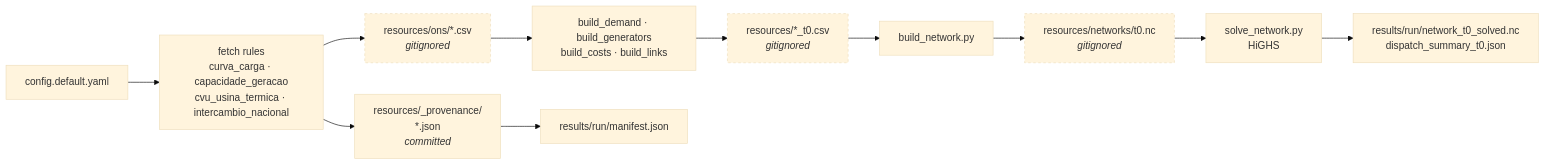
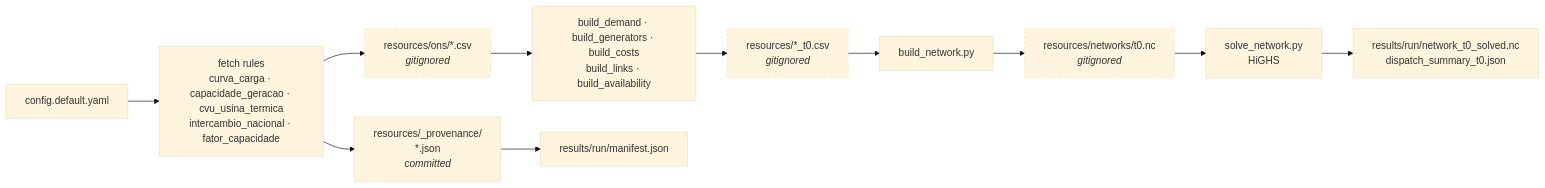
Before and after one commit to leonardovbonatto/pypsa-meets-brazil: the first of 12 diagrams in docs/STACK.md, drawn with Mermaid (base theme). The commit also changed other lines of this file and 9 other files, not shown here.

````diff
--- a/docs/STACK.md
+++ b/docs/STACK.md
@@ -55,17 +57,17 @@
 ```mermaid
 flowchart LR
-    A["config.default.yaml"] --> B["fetch rules<br/>curva_carga · capacidade_geracao<br/>cvu_usina_termica · intercambio_nacional"]
+    A["config.default.yaml"] --> B["fetch rules<br/>curva_carga · capacidade_geracao · cvu_usina_termica<br/>intercambio_nacional · fator_capacidade"]
     B --> C["resources/ons/*.csv<br/><i>gitignored</i>"]
     B --> D["resources/_provenance/<br/>*.json<br/><i>committed</i>"]
-    C --> E["build_demand · build_generators<br/>build_costs · build_links"]
+    C --> E["build_demand · build_generators · build_costs<br/>build_links · build_availability"]
     E --> F["resources/*_t0.csv<br/><i>gitignored</i>"]
     F --> J["build_network.py"]
     J --> K["resources/networks/t0.nc<br/><i>gitignored</i>"]
     K --> L["solve_network.py<br/>HiGHS"]
     L --> M["results/run/network_t0_solved.nc<br/>dispatch_summary_t0.json"]
     D --> G["results/run/manifest.json"]
 
     style C stroke-dasharray: 4 4
     style F stroke-dasharray: 4 4
     style K stroke-dasharray: 4 4
 ```
````
